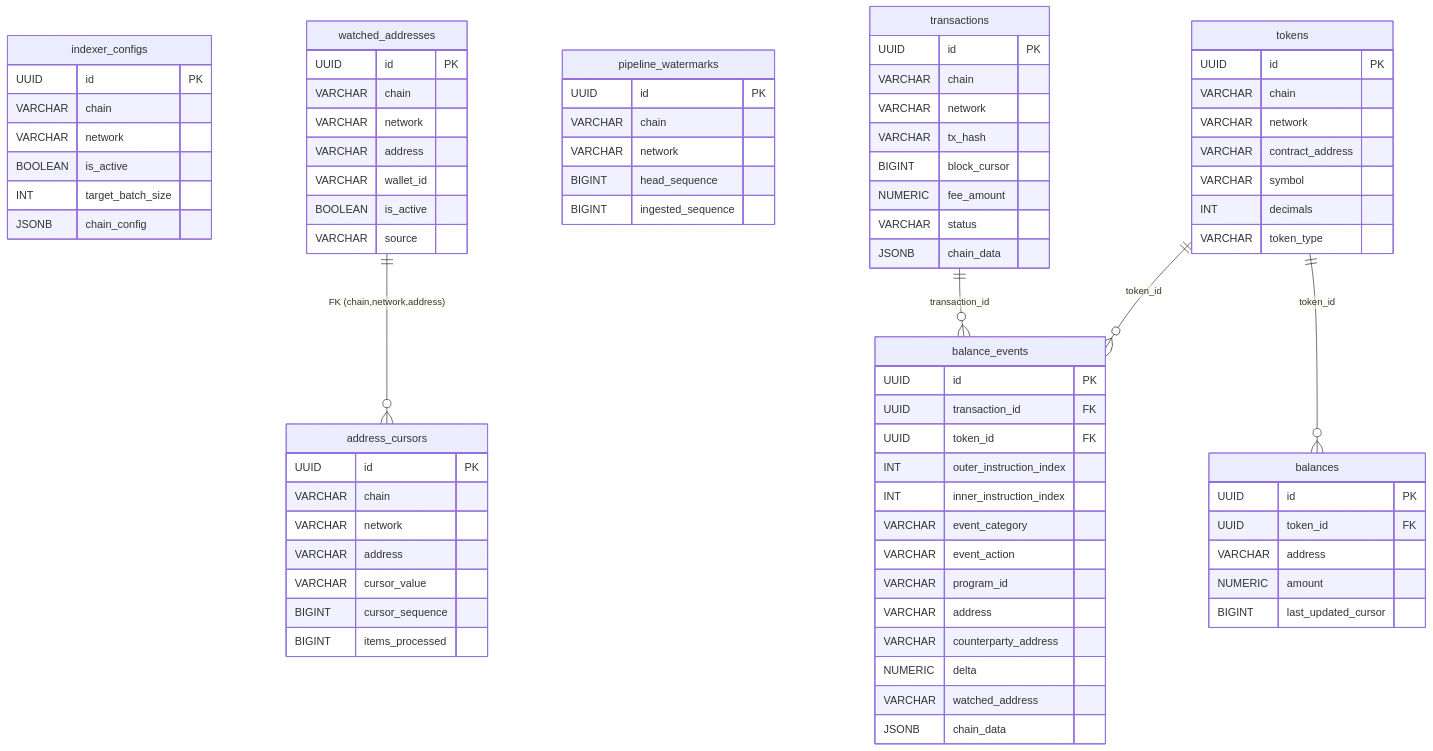
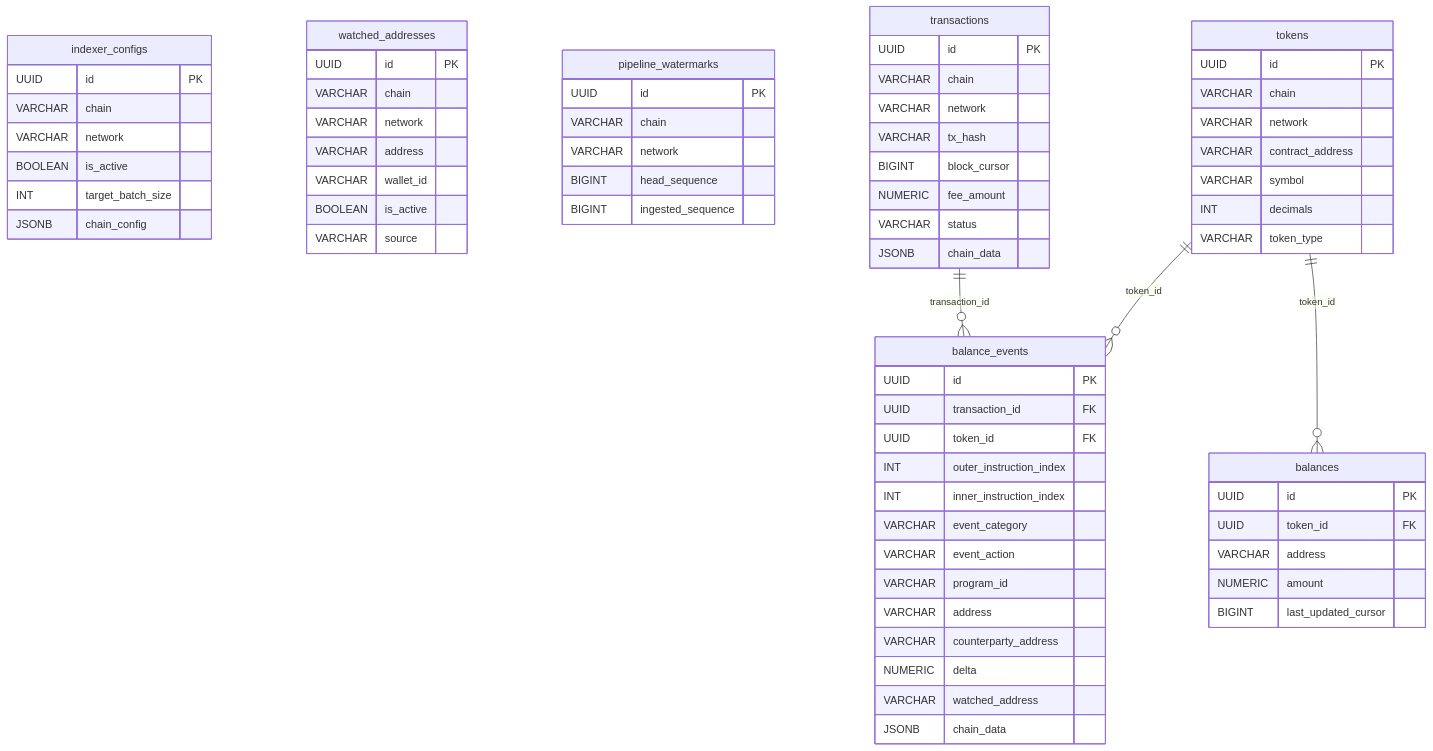
One commit to emperorhan/multichain-indexer changed the sixth of 8 diagrams in docs/architecture.md. Above: the diagram before and after it, drawn with Mermaid. The commit also changed other lines of this file and 4 other files, not shown here.

First line of the commit message:
docs: Redis 제거 + address_cursors 제거 반영 — 문서 5개 최신화

```diff
--- a/docs/architecture.md
+++ b/docs/architecture.md
@@ -555,16 +539,6 @@
         VARCHAR wallet_id
         BOOLEAN is_active
         VARCHAR source
-    }
-
-    address_cursors {
-        UUID id PK
-        VARCHAR chain
-        VARCHAR network
-        VARCHAR address
-        VARCHAR cursor_value
-        BIGINT cursor_sequence
-        BIGINT items_processed
     }
 
     pipeline_watermarks {
@@ -620,7 +594,6 @@
         BIGINT last_updated_cursor
     }
 
-    watched_addresses ||--o{ address_cursors : "FK (chain,network,address)"
     transactions ||--o{ balance_events : "transaction_id"
     tokens ||--o{ balance_events : "token_id"
     tokens ||--o{ balances : "token_id"
```
